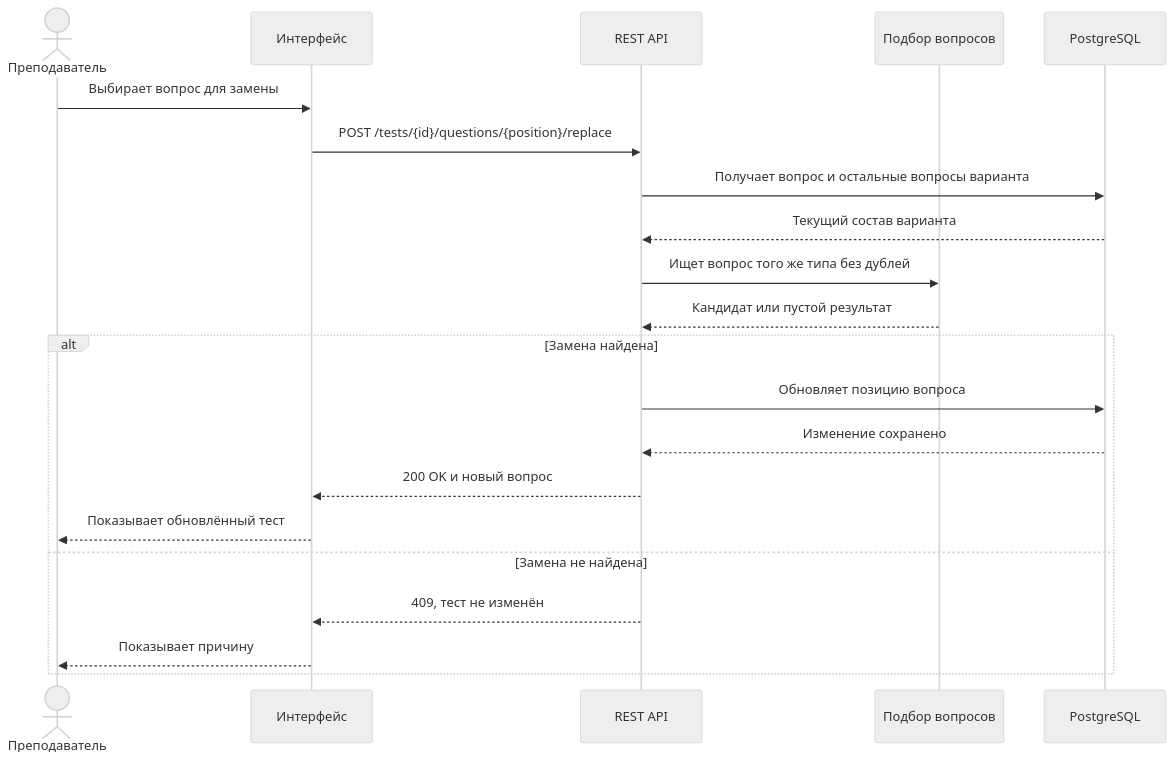
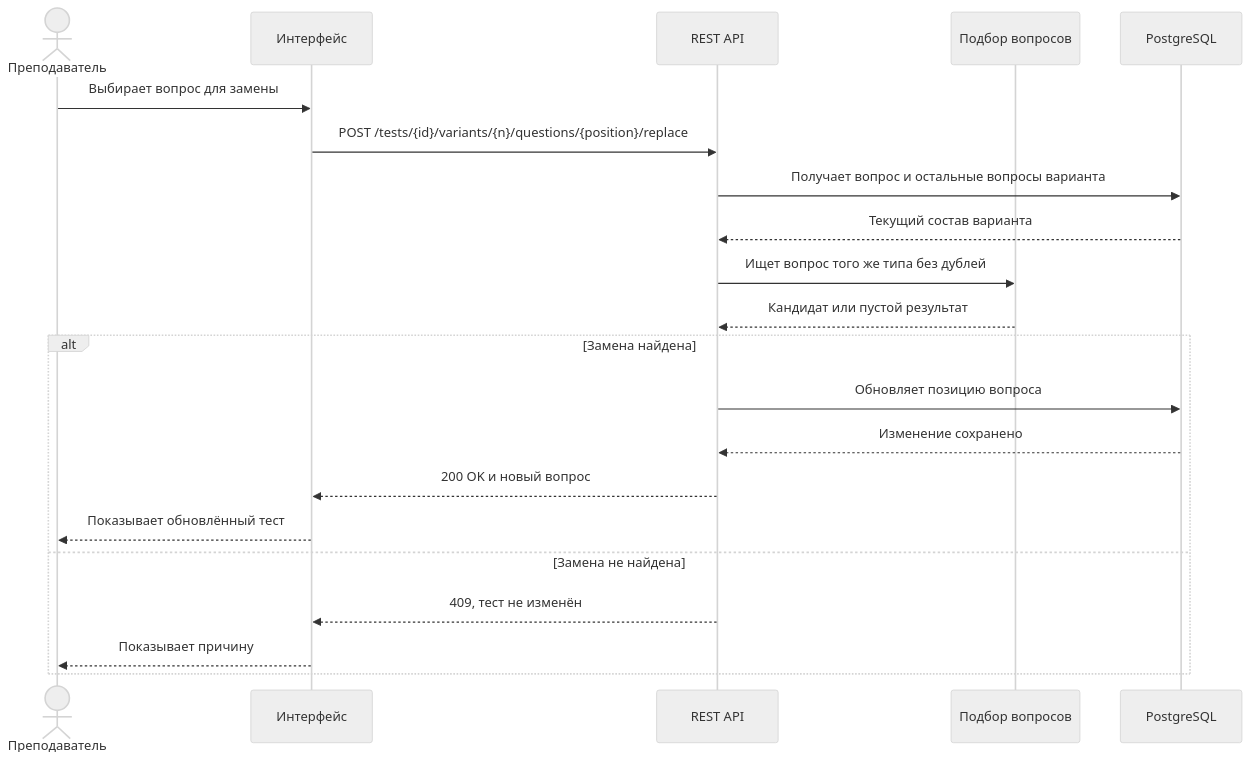
Before and after one commit to us6fu1/system-analysis: the third of 4 diagrams in technical-design.md, drawn with Mermaid (neutral theme). The commit also changed other lines of this file and 5 other files, not shown here.

````diff
--- a/technical-design.md
+++ b/technical-design.md
@@ -107,24 +127,24 @@
 ```mermaid
 sequenceDiagram
     actor Teacher as Преподаватель
     participant UI as Интерфейс
     participant API as REST API
     participant Selection as Подбор вопросов
     participant DB as PostgreSQL
 
     Teacher->>UI: Выбирает вопрос для замены
-    UI->>API: POST /tests/{id}/questions/{position}/replace
+    UI->>API: POST /tests/{id}/variants/{n}/questions/{position}/replace
     API->>DB: Получает вопрос и остальные вопросы варианта
     DB-->>API: Текущий состав варианта
     API->>Selection: Ищет вопрос того же типа без дублей
     Selection-->>API: Кандидат или пустой результат
     alt Замена найдена
         API->>DB: Обновляет позицию вопроса
         DB-->>API: Изменение сохранено
         API-->>UI: 200 OK и новый вопрос
         UI-->>Teacher: Показывает обновлённый тест
     else Замена не найдена
         API-->>UI: 409, тест не изменён
         UI-->>Teacher: Показывает причину
     end
 ```
````
